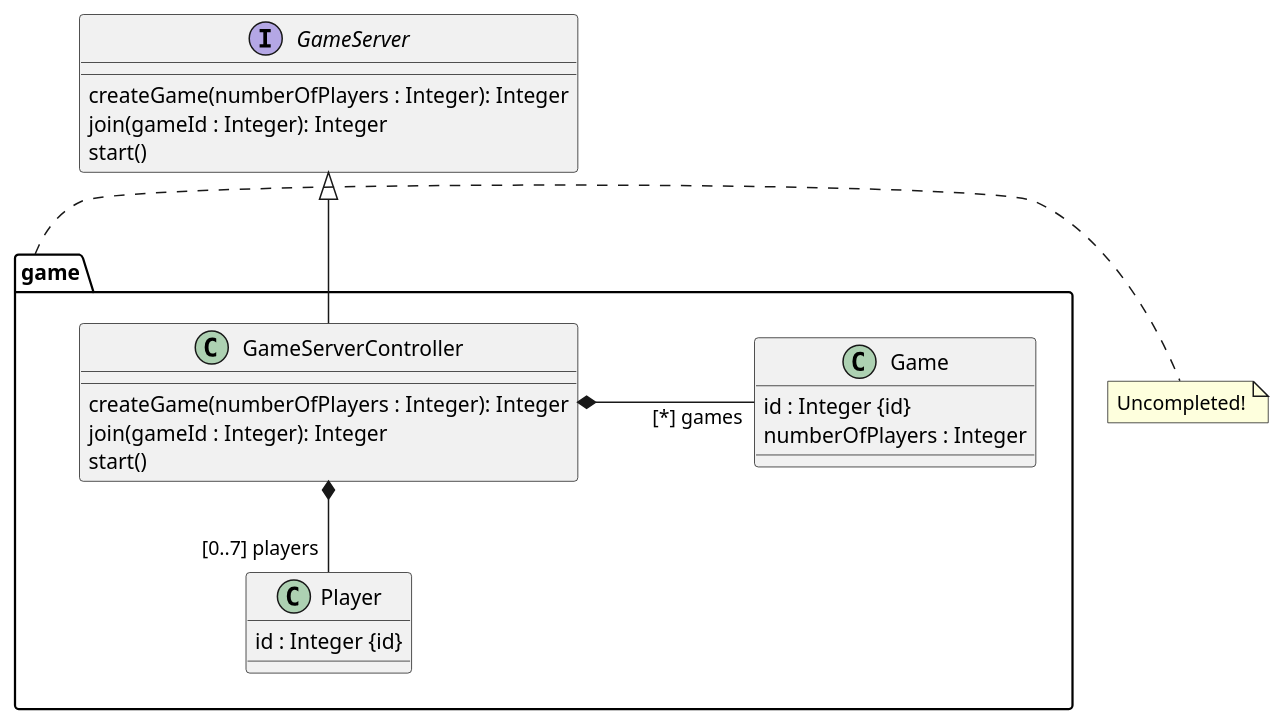
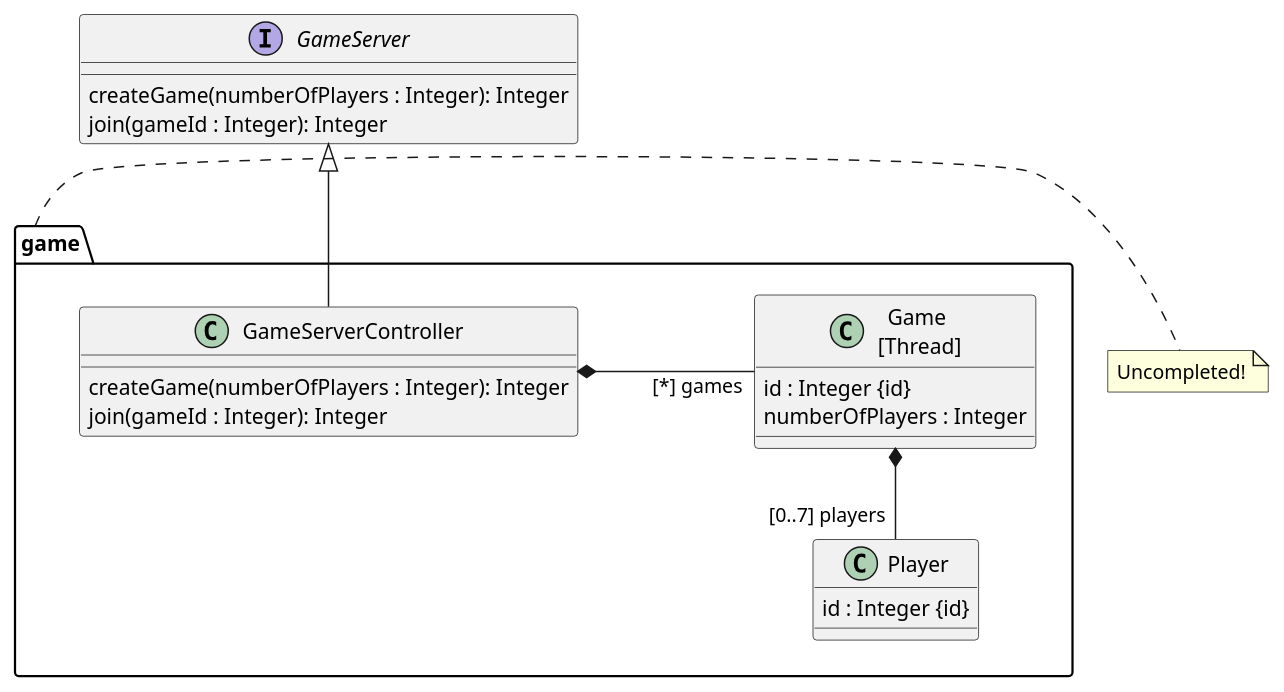
The first of 3 diagrams in not-alone-doc/src/doc/asciidoc/_sections/conception.adoc (mdiallogn/Not-Alone), drawn with PlantUML before and after one commit. The commit also changed other lines of this file and 9 other files, not shown here.

```diff
--- a/not-alone-doc/src/doc/asciidoc/_sections/conception.adoc
+++ b/not-alone-doc/src/doc/asciidoc/_sections/conception.adoc
@@ -7,27 +7,25 @@
 [plantuml]
 ....
 interface GameServer {
     createGame(numberOfPlayers : Integer): Integer
     join(gameId : Integer): Integer
-    start()
 }
 
 package game {
     class "GameServerController" as controller {
         createGame(numberOfPlayers : Integer): Integer
         join(gameId : Integer): Integer
-        start()
     }
-    class "Game" as game {
+    class "Game \n[Thread]" as game {
         id : Integer {id}
         numberOfPlayers : Integer
     }
     class "Player" as player {
         id : Integer {id}
     }
     GameServer <|-- controller
     controller *- "[*] games" game : \t\t\t
-    controller *-- "[0..7] players" player
+    game *-- "[0..7] players" player
 }
 note right of game: Uncompleted!
 ....
```
